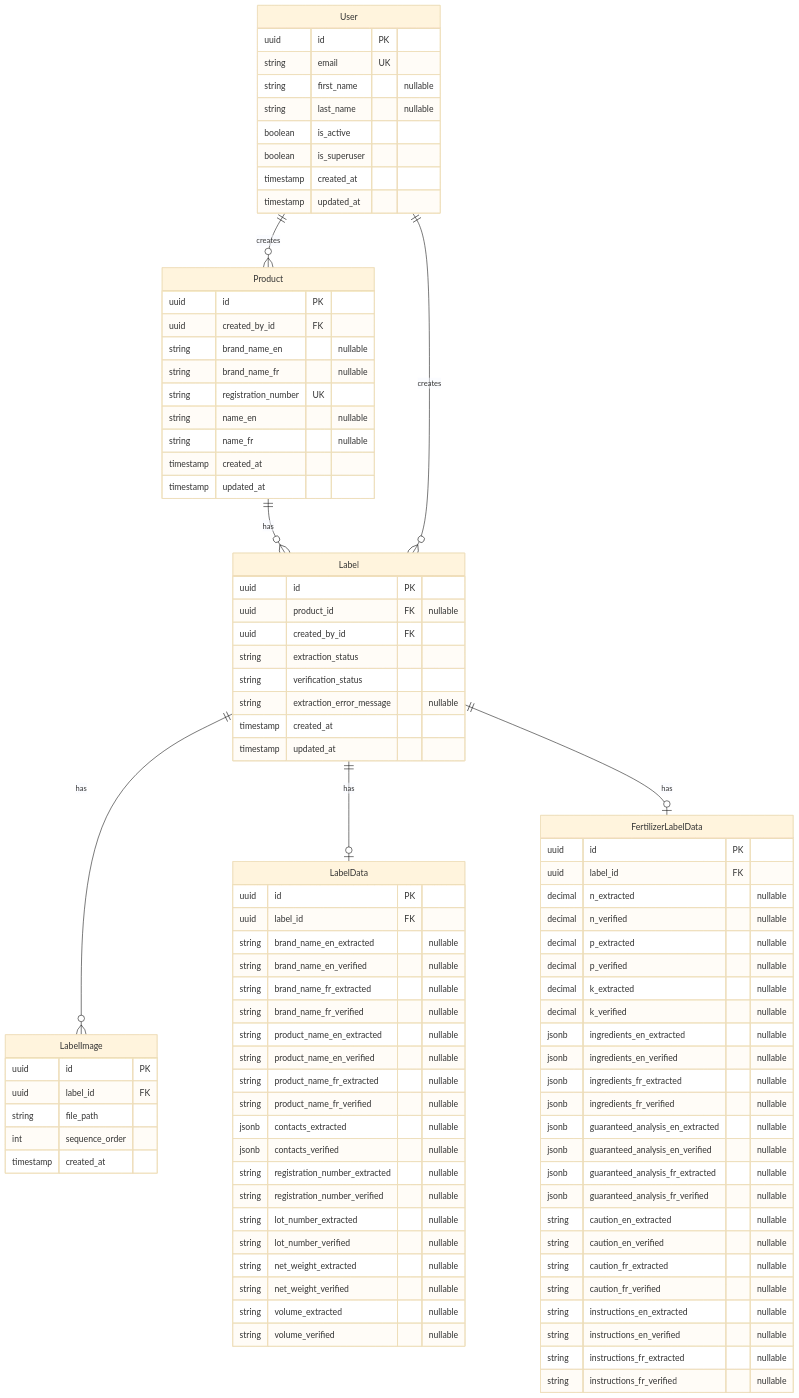
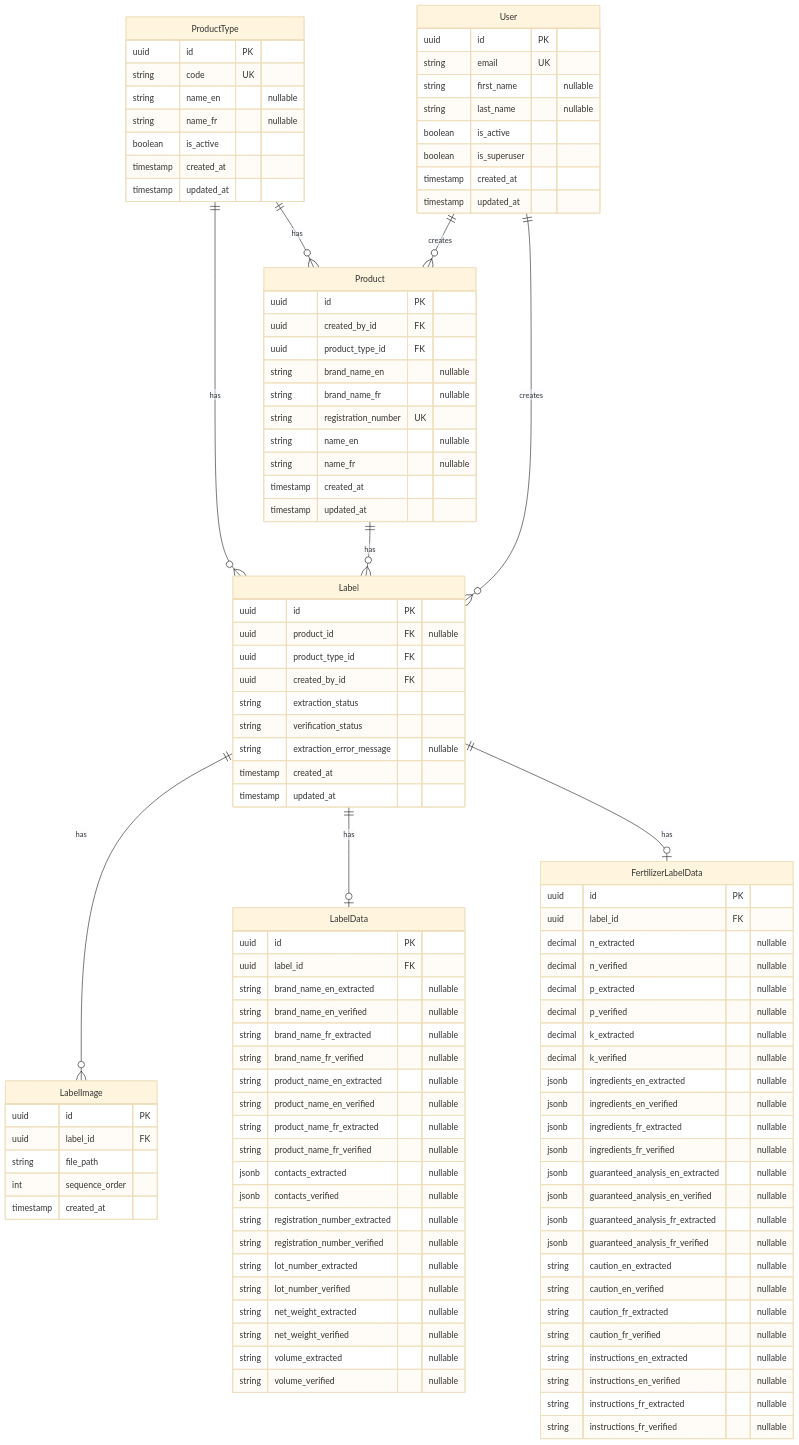
The diagram in docs/erd.md (ai-cfia/fertiscan), drawn with Mermaid (base theme) before and after one commit. The commit also changed other lines of this file and 80 other files, not shown here.

````diff
--- a/docs/erd.md
+++ b/docs/erd.md
@@ -5,5 +5,7 @@
 ```mermaid
 erDiagram
+    ProductType ||--o{ Product : "has"
+    ProductType ||--o{ Label : "has"
     Product ||--o{ Label : "has"
     Label ||--o{ LabelImage : "has"
     Label ||--o| LabelData : "has"
@@ -11,9 +13,20 @@
     User ||--o{ Label : "creates"
     User ||--o{ Product : "creates"
 
+    ProductType {
+        uuid id PK
+        string code UK
+        string name_en "nullable"
+        string name_fr "nullable"
+        boolean is_active
+        timestamp created_at
+        timestamp updated_at
+    }
+
     Product {
         uuid id PK
         uuid created_by_id FK
+        uuid product_type_id FK
         string brand_name_en "nullable"
         string brand_name_fr "nullable"
         string registration_number UK
@@ -26,6 +39,7 @@
     Label {
         uuid id PK
         uuid product_id FK "nullable"
+        uuid product_type_id FK
         uuid created_by_id FK
         string extraction_status
         string verification_status
````
